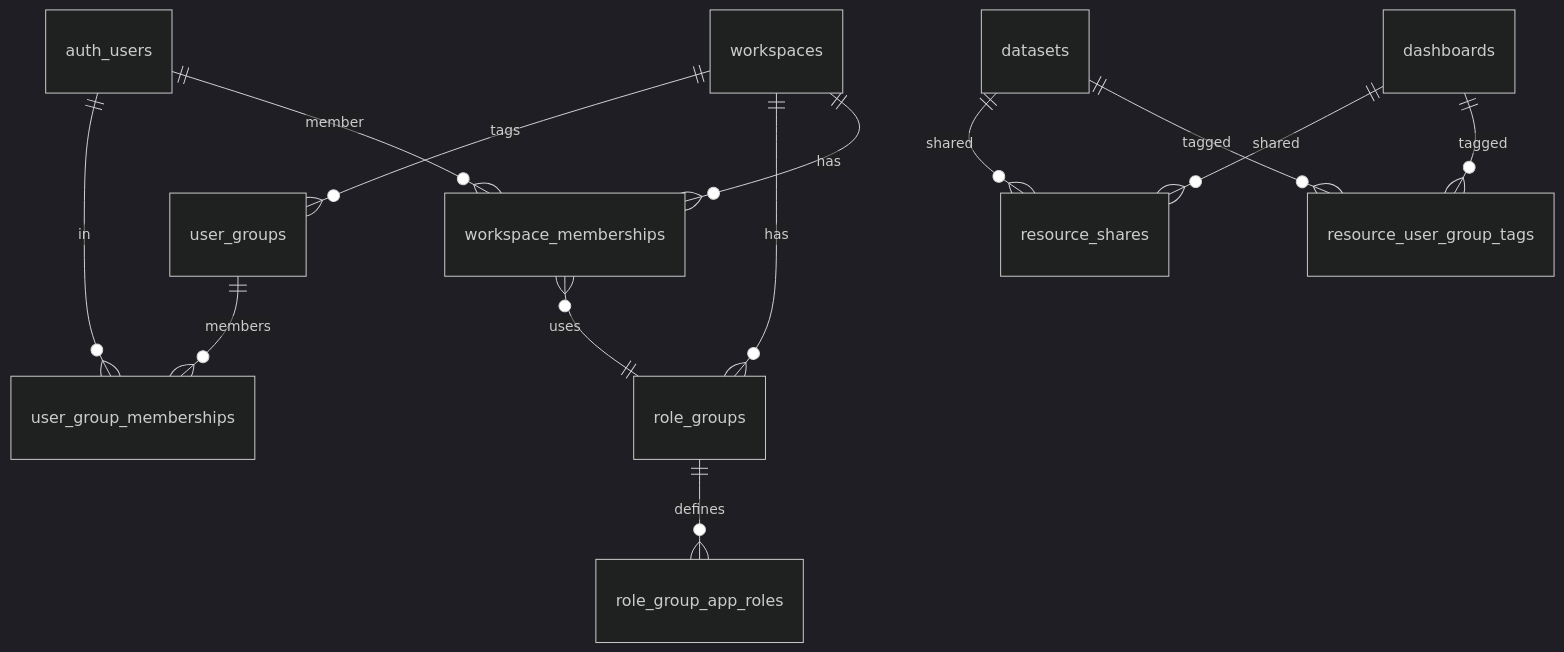
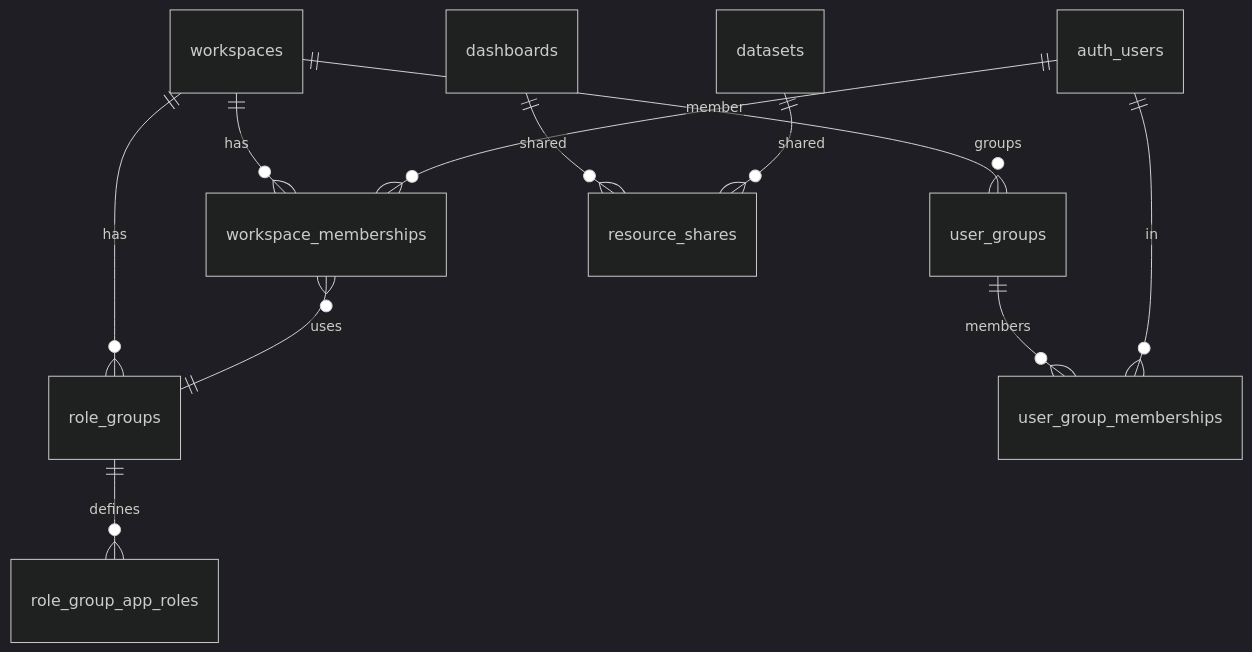
Before and after one commit to AvandarLabs/avandar: the third of 3 diagrams in docs/permissions-architecture.md, drawn with Mermaid (dark theme). The commit also changed other lines of this file and 1 other file, not shown here.

First line of the commit message:
permissions: refresh architecture doc + harden drop migration

````diff
--- a/docs/permissions-architecture.md
+++ b/docs/permissions-architecture.md
@@ -184,15 +191,13 @@
 ```mermaid
 erDiagram
   workspaces ||--o{ workspace_memberships : has
   workspaces ||--o{ role_groups : has
   role_groups ||--o{ role_group_app_roles : defines
   workspace_memberships }o--|| role_groups : uses
-  workspaces ||--o{ user_groups : tags
+  workspaces ||--o{ user_groups : groups
   user_groups ||--o{ user_group_memberships : members
-  dashboards ||--o{ resource_user_group_tags : tagged
-  datasets ||--o{ resource_user_group_tags : tagged
   dashboards ||--o{ resource_shares : shared
   datasets ||--o{ resource_shares : shared
   auth_users ||--o{ workspace_memberships : member
   auth_users ||--o{ user_group_memberships : in
 ```
````
